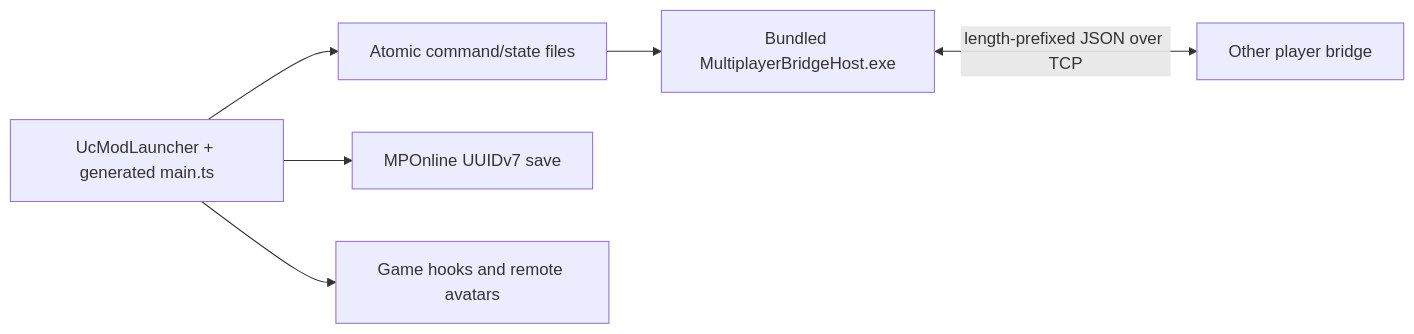
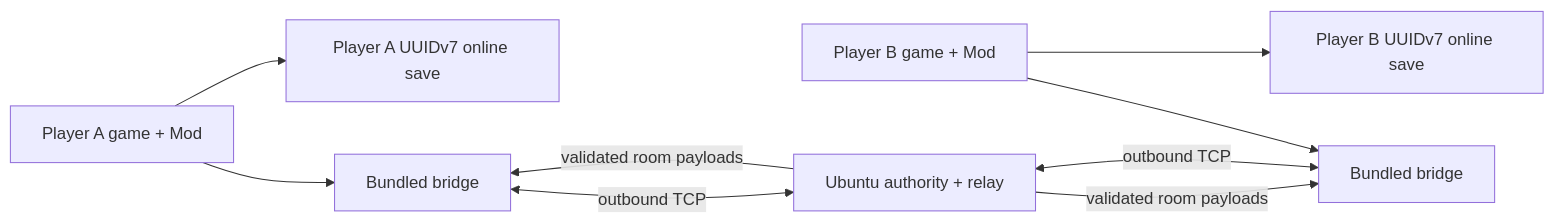
The diagram in docs/ARCHITECTURE.md (Sakura-QoQ/Multiplayer-Mod), drawn with Mermaid before and after one commit. The commit also changed other lines of this file and 52 other files, not shown here.

````diff
--- a/docs/ARCHITECTURE.md
+++ b/docs/ARCHITECTURE.md
@@ -9,8 +11,11 @@
 ```mermaid
 flowchart LR
-    UI[UcModLauncher + generated main.ts] --> IPC[Atomic command/state files]
-    IPC --> Bridge[Bundled MultiplayerBridgeHost.exe]
-    Bridge <-->|length-prefixed JSON over TCP| Peer[Other player bridge]
-    UI --> Save[MPOnline UUIDv7 save]
-    UI --> World[Game hooks and remote avatars]
+    PlayerA[Player A game + Mod] --> PlayerABridge[Bundled bridge]
+    PlayerB[Player B game + Mod] --> PlayerBBridge[Bundled bridge]
+    PlayerABridge <-->|outbound TCP| Server[Ubuntu authority + relay]
+    PlayerBBridge <-->|outbound TCP| Server
+    PlayerA --> PlayerASave[Player A UUIDv7 online save]
+    PlayerB --> PlayerBSave[Player B UUIDv7 online save]
+    Server -->|validated room payloads| PlayerABridge
+    Server -->|validated room payloads| PlayerBBridge
 ```
````
